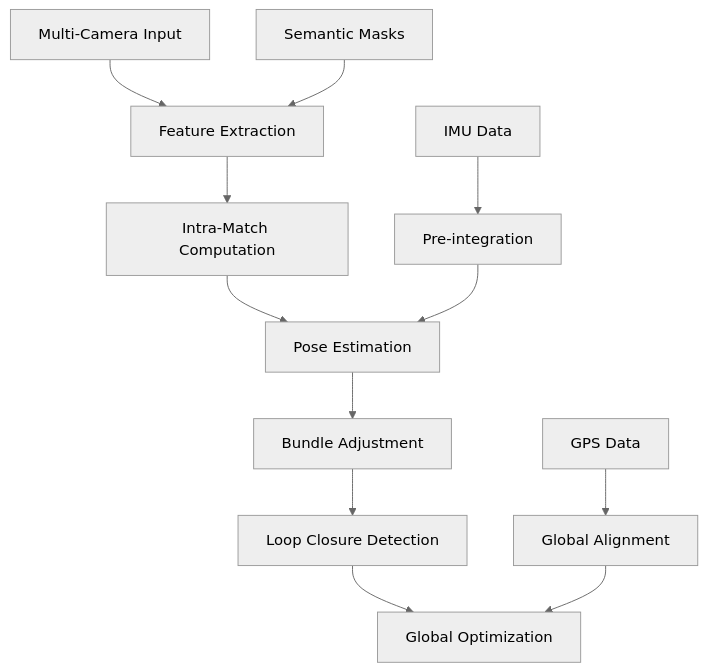
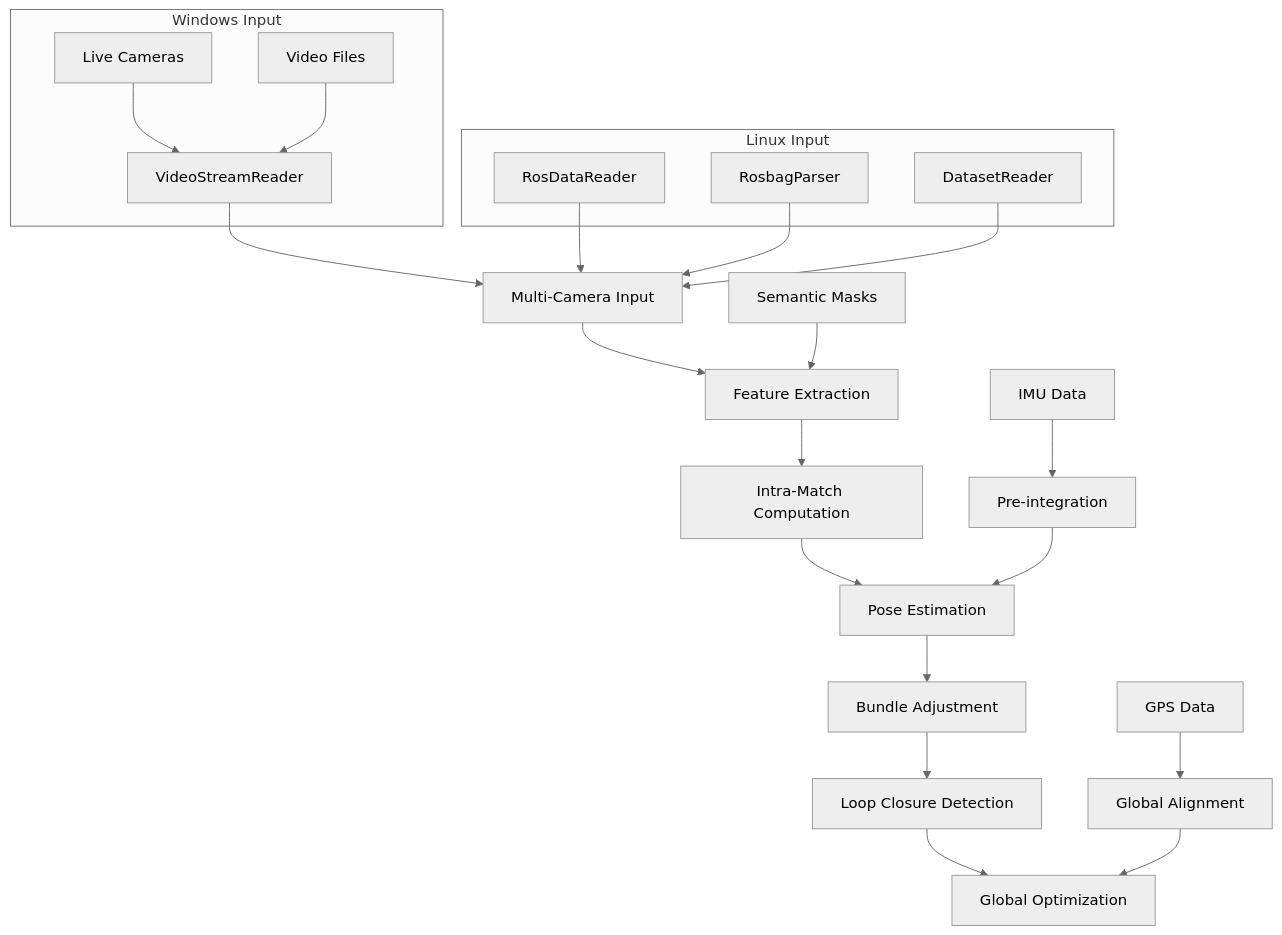
One commit to sriram-0311/MC-SLAM changed the diagram in README.md. Above: the diagram before and after it, drawn with Mermaid (neutral theme). The commit also changed other lines of this file and 6 other files, not shown here.

Commit message:
feat: Add Windows compatibility and remove hard ROS dependencies

````diff
--- a/README.md
+++ b/README.md
@@ -126,17 +185,36 @@
 ```mermaid
 graph TB
     A[Multi-Camera Input] --> B[Feature Extraction]
     B --> C[Intra-Match Computation]
     C --> D[Pose Estimation]
     D --> E[Bundle Adjustment]
     E --> F[Loop Closure Detection]
     F --> G[Global Optimization]
     
     H[IMU Data] --> I[Pre-integration]
     I --> D
     
     J[GPS Data] --> K[Global Alignment]
     K --> G
     
     L[Semantic Masks] --> B
+    
+    subgraph "Windows Input"
+        M[VideoStreamReader]
+        N[Live Cameras]
+        O[Video Files]
+    end
+    
+    subgraph "Linux Input"
+        P[RosDataReader]
+        Q[RosbagParser]
+        R[DatasetReader]
+    end
+    
+    M --> A
+    N --> M
+    O --> M
+    P --> A
+    Q --> A
+    R --> A
 ```
````
